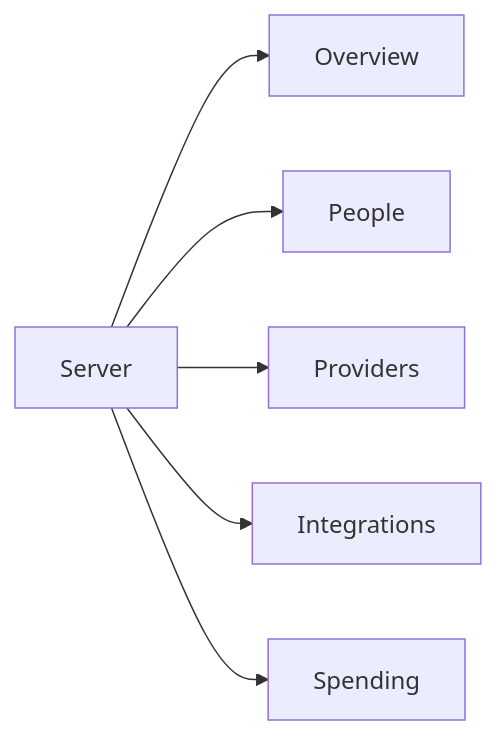
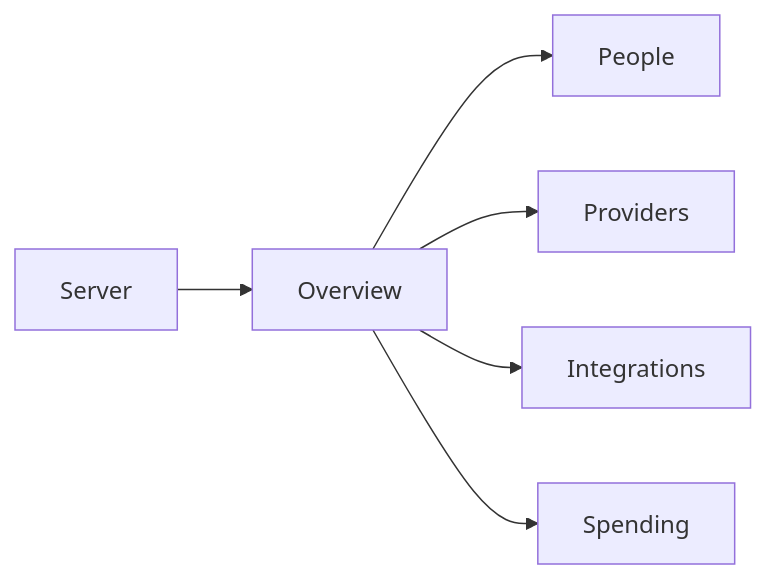
One commit to elewa-git/opencrane-new changed the diagram in apps/server/src/overview/README.md. Above: the diagram before and after it, drawn with Mermaid. The commit also changed other lines of this file and 4 other files, not shown here.

````diff
--- a/apps/server/src/overview/README.md
+++ b/apps/server/src/overview/README.md
@@ -14,8 +15,8 @@
 ```mermaid
 graph LR
   Server --> Overview
-  Server --> People
-  Server --> Providers
-  Server --> Integrations
-  Server --> Spending
+  Overview --> People
+  Overview --> Providers
+  Overview --> Integrations
+  Overview --> Spending
 ```
````
